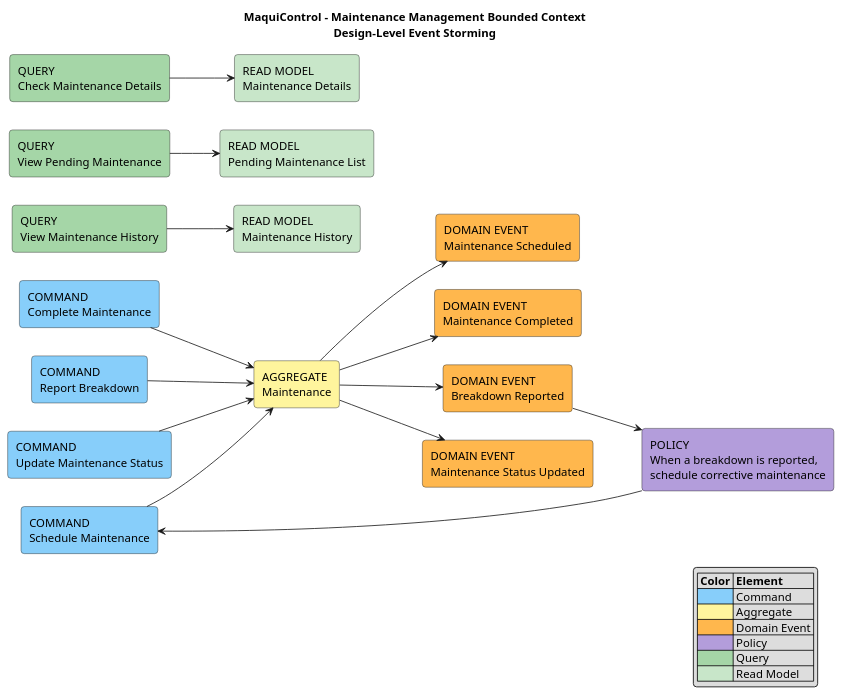
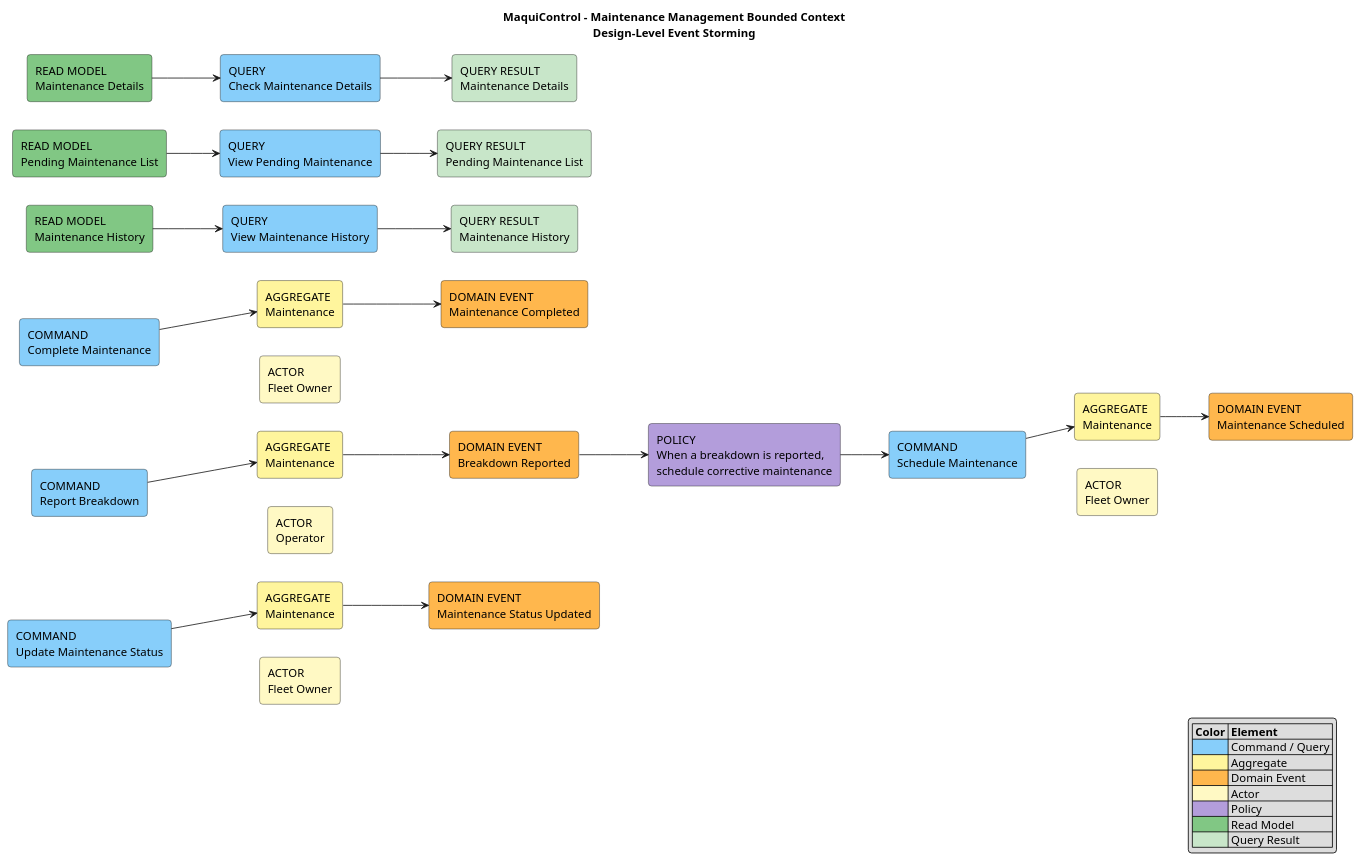
Before and after one commit to AndesHeavyTech/MaquiControl: the diagram in docs/architecture/event-storming/maintenance-management-design-level.puml, drawn with PlantUML. The commit also changed 13 other files, not shown here.

```diff
--- a/docs/architecture/event-storming/maintenance-management-design-level.puml
+++ b/docs/architecture/event-storming/maintenance-management-design-level.puml
@@ -1,73 +1,90 @@
 @startuml
 title MaquiControl - Maintenance Management Bounded Context\nDesign-Level Event Storming
 
 left to right direction
 skinparam shadowing false
 skinparam roundcorner 8
 skinparam defaultFontName Arial
 
 ' =========================
 ' Styles
 ' =========================
 
 rectangle "COMMAND\nSchedule Maintenance" as CMD_SCHEDULE #87CEFA
+rectangle "AGGREGATE\nMaintenance" as AGG_SCHEDULE #FFF59D
+rectangle "ACTOR\nFleet Owner" as ACT_SCHEDULE #FFF9C4
 rectangle "COMMAND\nComplete Maintenance" as CMD_COMPLETE #87CEFA
+rectangle "AGGREGATE\nMaintenance" as AGG_COMPLETE #FFF59D
+rectangle "ACTOR\nFleet Owner" as ACT_COMPLETE #FFF9C4
 rectangle "COMMAND\nReport Breakdown" as CMD_BREAKDOWN #87CEFA
+rectangle "AGGREGATE\nMaintenance" as AGG_BREAKDOWN #FFF59D
+rectangle "ACTOR\nOperator" as ACT_BREAKDOWN #FFF9C4
 rectangle "COMMAND\nUpdate Maintenance Status" as CMD_UPDATE_STATUS #87CEFA
-
-rectangle "AGGREGATE\nMaintenance" as AGG_MAINTENANCE #FFF59D
+rectangle "AGGREGATE\nMaintenance" as AGG_UPDATE_STATUS #FFF59D
+rectangle "ACTOR\nFleet Owner" as ACT_UPDATE_STATUS #FFF9C4
 
 rectangle "DOMAIN EVENT\nMaintenance Scheduled" as EVT_SCHEDULED #FFB74D
 rectangle "DOMAIN EVENT\nMaintenance Completed" as EVT_COMPLETED #FFB74D
 rectangle "DOMAIN EVENT\nBreakdown Reported" as EVT_BREAKDOWN #FFB74D
 rectangle "DOMAIN EVENT\nMaintenance Status Updated" as EVT_STATUS_UPDATED #FFB74D
 
 rectangle "POLICY\nWhen a breakdown is reported,\nschedule corrective maintenance" as POL_CORRECTIVE_MAINTENANCE #B39DDB
 
-rectangle "QUERY\nView Maintenance History" as QUERY_HISTORY #A5D6A7
-rectangle "READ MODEL\nMaintenance History" as READ_HISTORY #C8E6C9
+rectangle "READ MODEL\nMaintenance History" as READ_HISTORY #81C784
+rectangle "QUERY\nView Maintenance History" as QUERY_HISTORY #87CEFA
+rectangle "QUERY RESULT\nMaintenance History" as RESULT_HISTORY #C8E6C9
 
-rectangle "QUERY\nView Pending Maintenance" as QUERY_PENDING #A5D6A7
-rectangle "READ MODEL\nPending Maintenance List" as READ_PENDING #C8E6C9
+rectangle "READ MODEL\nPending Maintenance List" as READ_PENDING #81C784
+rectangle "QUERY\nView Pending Maintenance" as QUERY_PENDING #87CEFA
+rectangle "QUERY RESULT\nPending Maintenance List" as RESULT_PENDING #C8E6C9
 
-rectangle "QUERY\nCheck Maintenance Details" as QUERY_DETAILS #A5D6A7
-rectangle "READ MODEL\nMaintenance Details" as READ_DETAILS #C8E6C9
+rectangle "READ MODEL\nMaintenance Details" as READ_DETAILS #81C784
+rectangle "QUERY\nCheck Maintenance Details" as QUERY_DETAILS #87CEFA
+rectangle "QUERY RESULT\nMaintenance Details" as RESULT_DETAILS #C8E6C9
 
 ' =========================
 ' Commands -> Aggregate -> Events
 ' =========================
 
-CMD_SCHEDULE --> AGG_MAINTENANCE
-AGG_MAINTENANCE --> EVT_SCHEDULED
+CMD_SCHEDULE --> AGG_SCHEDULE
+AGG_SCHEDULE --> EVT_SCHEDULED
+ACT_SCHEDULE -[hidden]up-> CMD_SCHEDULE
 
-CMD_COMPLETE --> AGG_MAINTENANCE
-AGG_MAINTENANCE --> EVT_COMPLETED
+CMD_COMPLETE --> AGG_COMPLETE
+AGG_COMPLETE --> EVT_COMPLETED
+ACT_COMPLETE -[hidden]up-> CMD_COMPLETE
 
-CMD_BREAKDOWN --> AGG_MAINTENANCE
-AGG_MAINTENANCE --> EVT_BREAKDOWN
+CMD_BREAKDOWN --> AGG_BREAKDOWN
+AGG_BREAKDOWN --> EVT_BREAKDOWN
+ACT_BREAKDOWN -[hidden]up-> CMD_BREAKDOWN
 
-CMD_UPDATE_STATUS --> AGG_MAINTENANCE
-AGG_MAINTENANCE --> EVT_STATUS_UPDATED
+CMD_UPDATE_STATUS --> AGG_UPDATE_STATUS
+AGG_UPDATE_STATUS --> EVT_STATUS_UPDATED
+ACT_UPDATE_STATUS -[hidden]up-> CMD_UPDATE_STATUS
 
 EVT_BREAKDOWN --> POL_CORRECTIVE_MAINTENANCE
 POL_CORRECTIVE_MAINTENANCE --> CMD_SCHEDULE
 
 ' =========================
 ' Queries -> Read Models
 ' =========================
 
-QUERY_HISTORY --> READ_HISTORY
-QUERY_PENDING --> READ_PENDING
-QUERY_DETAILS --> READ_DETAILS
+READ_HISTORY --> QUERY_HISTORY
+QUERY_HISTORY --> RESULT_HISTORY
+READ_PENDING --> QUERY_PENDING
+QUERY_PENDING --> RESULT_PENDING
+READ_DETAILS --> QUERY_DETAILS
+QUERY_DETAILS --> RESULT_DETAILS
 
 legend right
 |= Color |= Element |
-|<#87CEFA>| Command |
+|<#87CEFA>| Command / Query |
 |<#FFF59D>| Aggregate |
 |<#FFB74D>| Domain Event |
+|<#FFF9C4>| Actor |
 |<#B39DDB>| Policy |
-|<#A5D6A7>| Query |
-|<#C8E6C9>| Read Model |
+|<#81C784>| Read Model |
+|<#C8E6C9>| Query Result |
 endlegend
 
 @enduml
```
